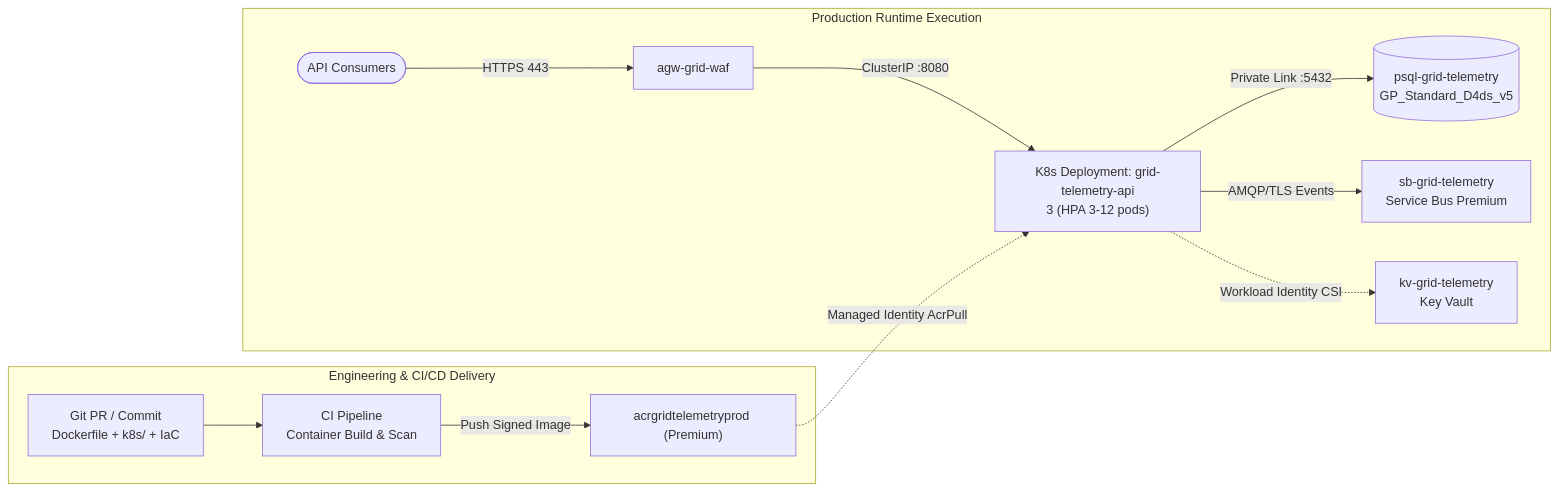
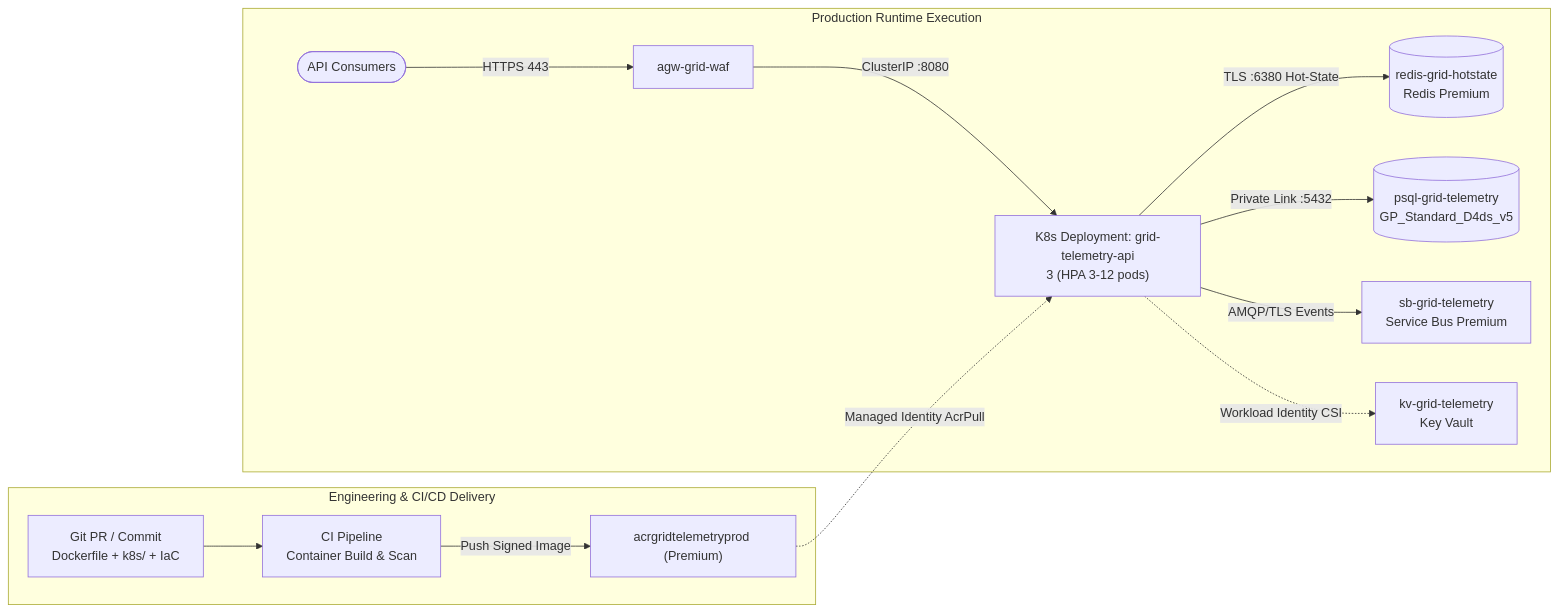
One commit to gitpavleenbali/dac-workload-modernization changed the diagram in docs/architecture.md. Above: the diagram before and after it, drawn with Mermaid. The commit also changed other lines of this file and 10 other files, not shown here.

Commit message:
feat(infra): add Azure Managed Redis hot-state cache (redis-grid-hotstate) with Private Link & RBAC

````diff
--- a/docs/architecture.md
+++ b/docs/architecture.md
@@ -6,22 +6,24 @@
 ```mermaid
 flowchart LR
   subgraph sg_cicd["Engineering & CI/CD Delivery"]
     dev_commit["Git PR / Commit<br/>Dockerfile + k8s/ + IaC"]
     ci_build["CI Pipeline<br/>Container Build & Scan"]
     acr_reg["acrgridtelemetryprod (Premium)"]
     dev_commit --> ci_build -->|"Push Signed Image"| acr_reg
   end
   subgraph sg_runtime["Production Runtime Execution"]
     api_caller(["API Consumers"])
     rt_ingress["agw-grid-waf"]
     rt_compute["K8s Deployment: grid-telemetry-api<br/>3 (HPA 3-12 pods)"]
     api_caller -->|"HTTPS 443"| rt_ingress -->|"ClusterIP :8080"| rt_compute
     acr_reg -.->|"Managed Identity AcrPull"| rt_compute
+    rt_redis[("redis-grid-hotstate<br/>Redis Premium")]
+    rt_compute -->|"TLS :6380 Hot-State"| rt_redis
     rt_db[("psql-grid-telemetry<br/>GP_Standard_D4ds_v5")]
     rt_compute -->|"Private Link :5432"| rt_db
     rt_sb["sb-grid-telemetry<br/>Service Bus Premium"]
     rt_compute -->|"AMQP/TLS Events"| rt_sb
     rt_kv["kv-grid-telemetry<br/>Key Vault"]
     rt_compute -.->|"Workload Identity CSI"| rt_kv
   end
 ```
````
